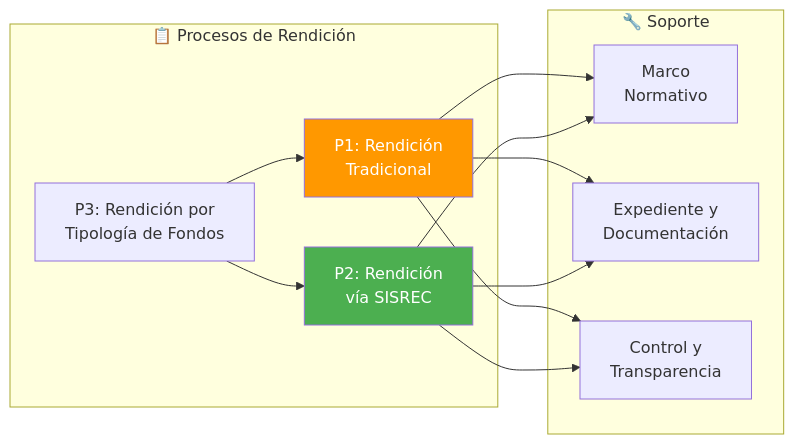
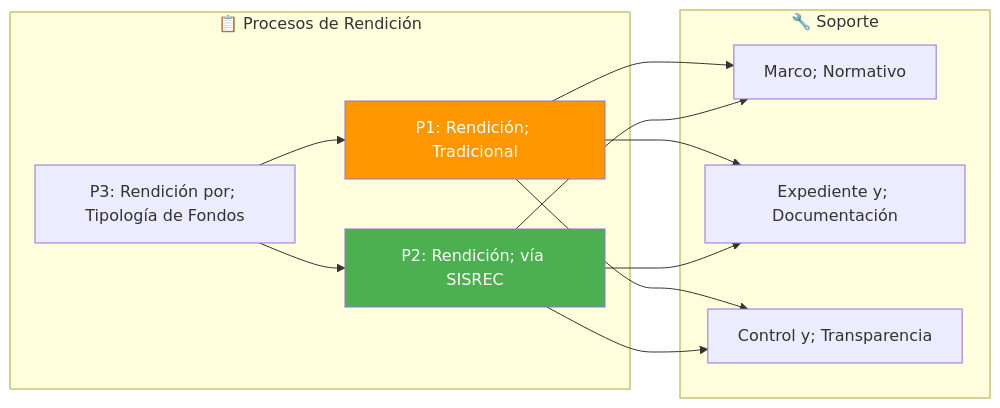
The first of 8 diagrams in drafts/gn/bpmn/bpmn-d08-rendiciones.md (felix-antonio-sl/kora), drawn with Mermaid before and after one commit. The commit also changed other lines of this file and 265 other files, not shown here.

````diff
--- a/drafts/gn/bpmn/bpmn-d08-rendiciones.md
+++ b/drafts/gn/bpmn/bpmn-d08-rendiciones.md
@@ -72,18 +65,21 @@
 ```mermaid
 flowchart LR
-    subgraph PROCESOS["📋 Procesos de Rendición"]
-        P1["P1: Rendición<br/>Tradicional"]
-        P2["P2: Rendición<br/>vía SISREC"]
-        P3["P3: Rendición por<br/>Tipología de Fondos"]
-    end
-    subgraph SOPORTE["🔧 Soporte"]
-        S1["Marco<br/>Normativo"]
-        S2["Expediente y<br/>Documentación"]
-        S3["Control y<br/>Transparencia"]
-    end
-    P1 --> S1 & S2 & S3
-    P2 --> S1 & S2 & S3
-    P3 --> P1 & P2
-    style P2 fill:#4CAF50,color:#fff
-    style P1 fill:#FF9800,color:#fff
+ subgraph PROCESOS["📋 Procesos de Rendición"]
+ P1["P1: Rendición; Tradicional"]
+ P2["P2: Rendición; vía SISREC"]
+ P3["P3: Rendición por; Tipología de Fondos"]
+ end
+
+ subgraph SOPORTE["🔧 Soporte"]
+ S1["Marco; Normativo"]
+ S2["Expediente y; Documentación"]
+ S3["Control y; Transparencia"]
+ end
+
+ P1 --> S1 & S2 & S3
+ P2 --> S1 & S2 & S3
+ P3 --> P1 & P2
+
+ style P2 fill:#4CAF50,color:#fff
+ style P1 fill:#FF9800,color:#fff
 ```
````
